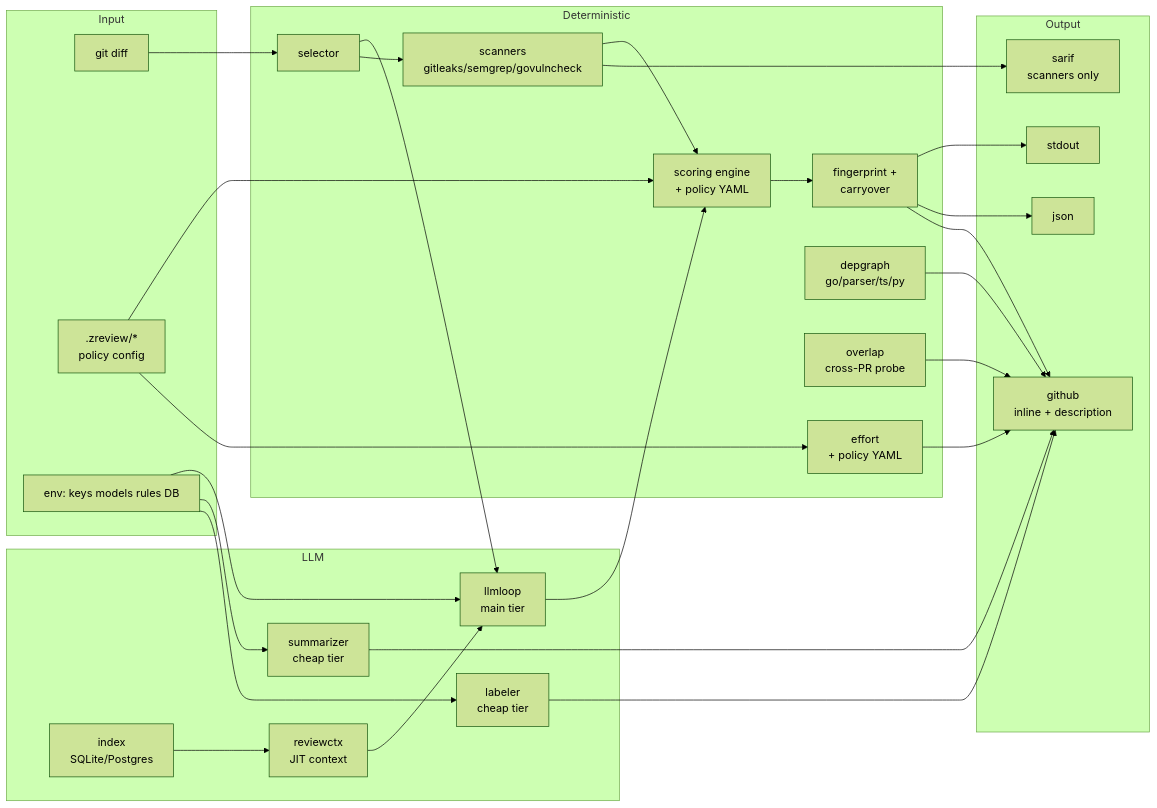
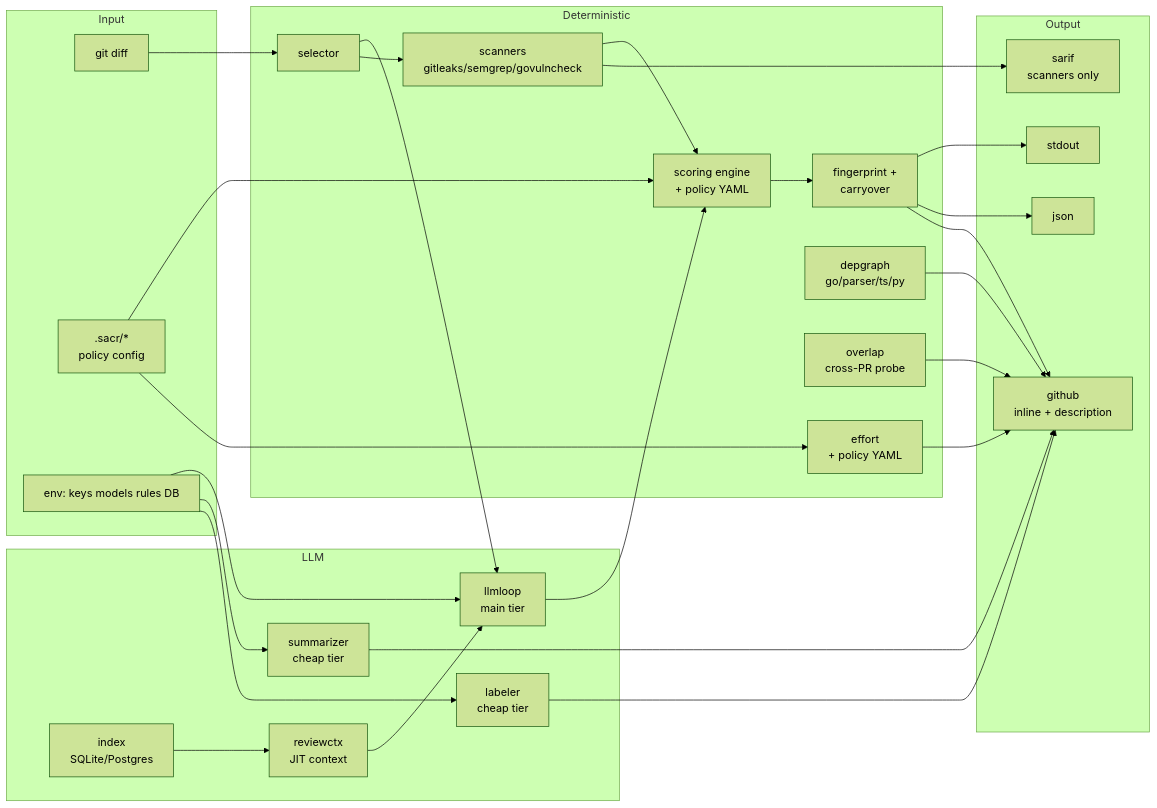
Before and after one commit to shubam-disseqt/shubam-ai-code-reviewer: the first of 3 diagrams in README.md, drawn with Mermaid (forest theme). The commit also changed other lines of this file and 299 other files, not shown here.

````diff
--- a/README.md
+++ b/README.md
@@ -89,52 +89,52 @@
 ```mermaid
 flowchart LR
   subgraph Input
     A1[git diff]
-    A2[.zreview/*<br/>policy config]
+    A2[.sacr/*<br/>policy config]
     A3[env: keys models rules DB]
   end
 
   subgraph Deterministic
     B1[selector]
     B2[scanners<br/>gitleaks/semgrep/govulncheck]
     B3[scoring engine<br/>+ policy YAML]
     B4[fingerprint +<br/>carryover]
     B5[effort<br/>+ policy YAML]
     B6[depgraph<br/>go/parser/ts/py]
     B7[overlap<br/>cross-PR probe]
   end
 
   subgraph LLM
     C1[llmloop<br/>main tier]
     C2[summarizer<br/>cheap tier]
     C3[labeler<br/>cheap tier]
     C4[index<br/>SQLite/Postgres]
     C5[reviewctx<br/>JIT context]
   end
 
   subgraph Output
     D1[stdout]
     D2[json]
     D3[github<br/>inline + description]
     D4[sarif<br/>scanners only]
   end
 
   A1 --> B1 --> C1
   A2 --> B3
   A2 --> B5
   A3 --> C1
   A3 --> C2
   A3 --> C3
   B1 --> B2 --> B3
   C1 --> B3
   B3 --> B4 --> D1
   B4 --> D2
   B4 --> D3
   B2 --> D4
   B5 --> D3
   B6 --> D3
   B7 --> D3
   C2 --> D3
   C3 --> D3
   C4 --> C5 --> C1
 ```
````
